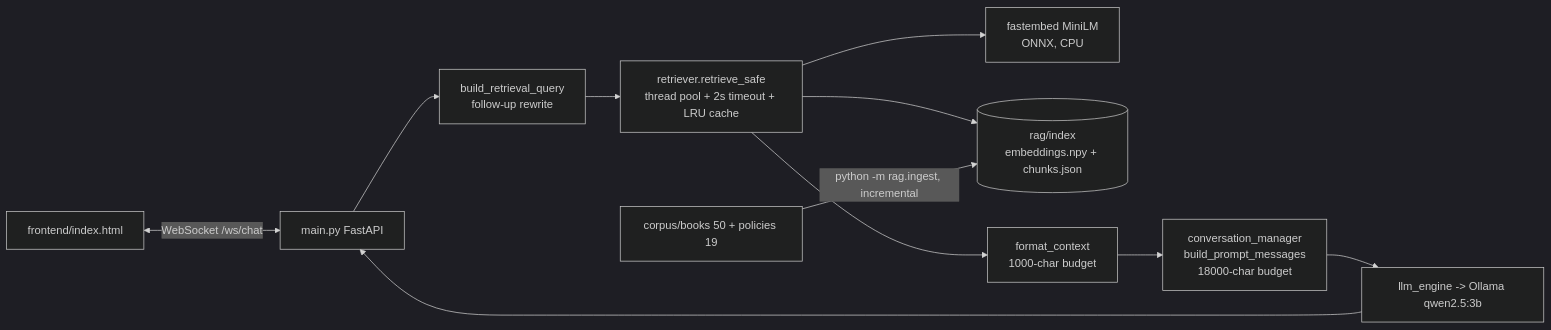
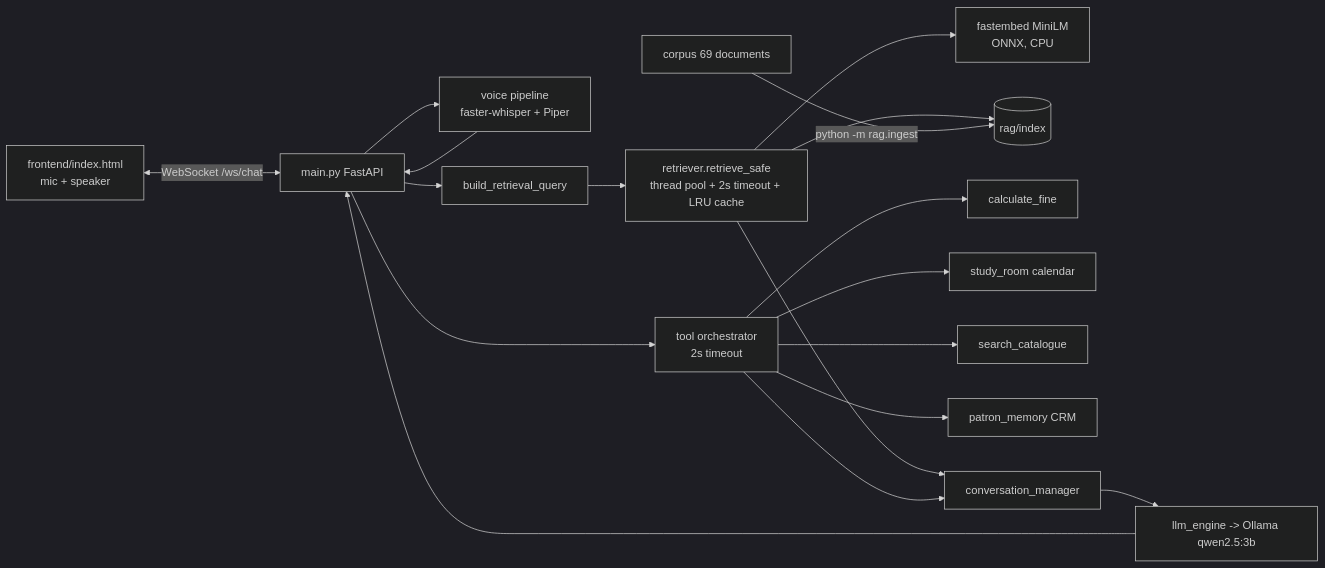
One commit to fizza-ali8/NLP-Assignment changed the diagram in README.md. Above: the diagram before and after it, drawn with Mermaid (dark theme). The commit also changed other lines of this file and 29 other files, not shown here.

````diff
--- a/README.md
+++ b/README.md
@@ -23,13 +26,20 @@
 ```mermaid
 flowchart LR
-  FE[frontend/index.html] <-- WebSocket /ws/chat --> M[main.py FastAPI]
-  M --> Q[build_retrieval_query<br/>follow-up rewrite]
+  FE[frontend/index.html<br/>mic + speaker] <-- WebSocket /ws/chat --> M[main.py FastAPI]
+  M --> V[voice pipeline<br/>faster-whisper + Piper]
+  M --> Q[build_retrieval_query]
   Q --> R[retriever.retrieve_safe<br/>thread pool + 2s timeout + LRU cache]
   R --> E[fastembed MiniLM<br/>ONNX, CPU]
-  R --> I[(rag/index<br/>embeddings.npy + chunks.json)]
-  R --> F[format_context<br/>1000-char budget]
-  F --> C[conversation_manager<br/>build_prompt_messages<br/>18000-char budget]
+  R --> I[(rag/index)]
+  M --> T[tool orchestrator<br/>2s timeout]
+  T --> T1[calculate_fine]
+  T --> T2[study_room calendar]
+  T --> T3[search_catalogue]
+  T --> T4[patron_memory CRM]
+  R --> C[conversation_manager]
+  T --> C
   C --> L[llm_engine -> Ollama qwen2.5:3b]
   L --> M
-  CORPUS[corpus/books 50 + policies 19] -- python -m rag.ingest, incremental --> I
+  V --> M
+  CORPUS[corpus 69 documents] -- python -m rag.ingest --> I
 ```
````
